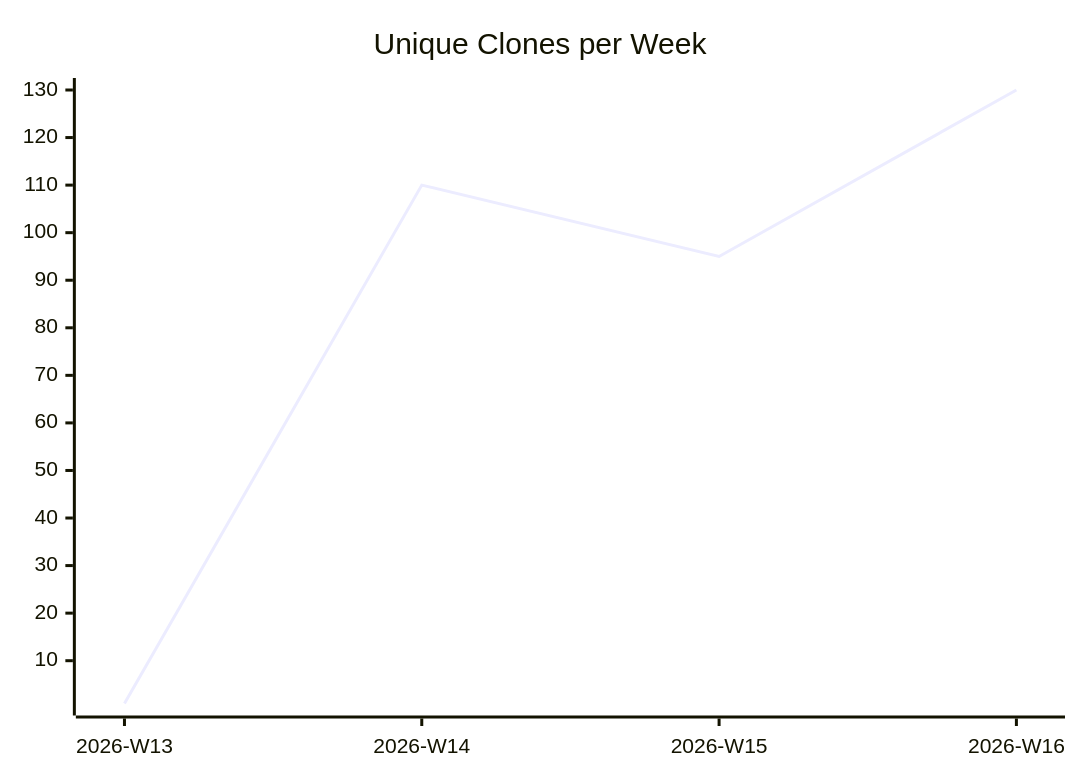
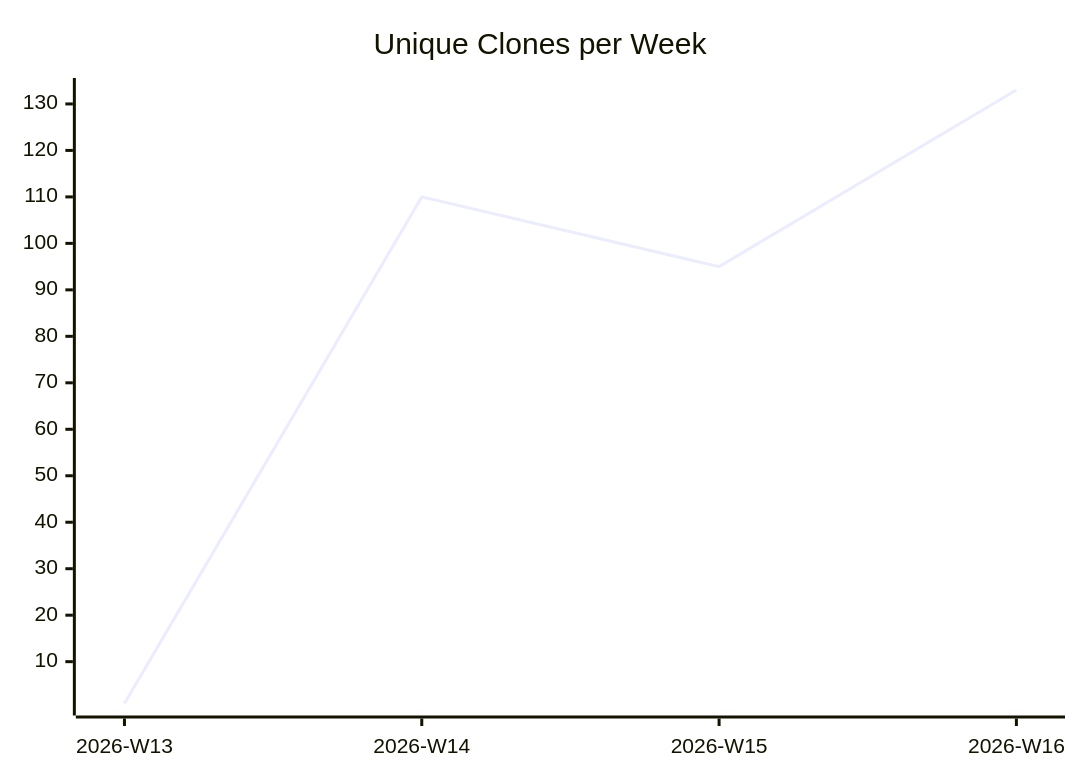
One commit to justdavis-family/github-analytics-data changed the third of 3 diagrams in justdavis-family/justdavis/README.md. Above: the diagram before and after it, drawn with Mermaid. The commit also changed other lines of this file and 190 other files, not shown here.

````diff
--- a/justdavis-family/justdavis/README.md
+++ b/justdavis-family/justdavis/README.md
@@ -19,6 +19,6 @@
 ```mermaid
 xychart-beta
   title "Unique Clones per Week"
   x-axis ["2026-W13", "2026-W14", "2026-W15", "2026-W16"]
-  line [1, 110, 95, 130]
+  line [1, 110, 95, 133]
 ```
````
